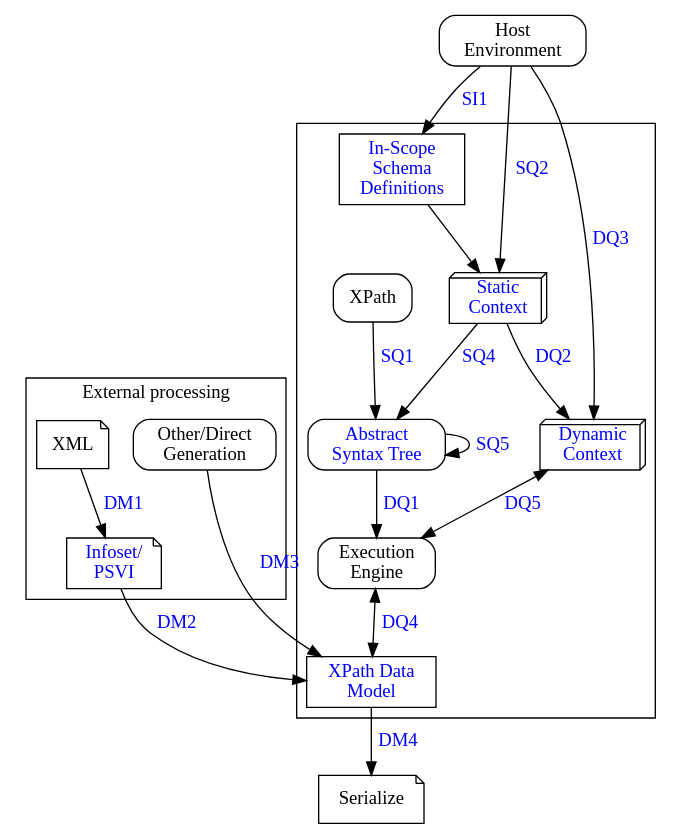
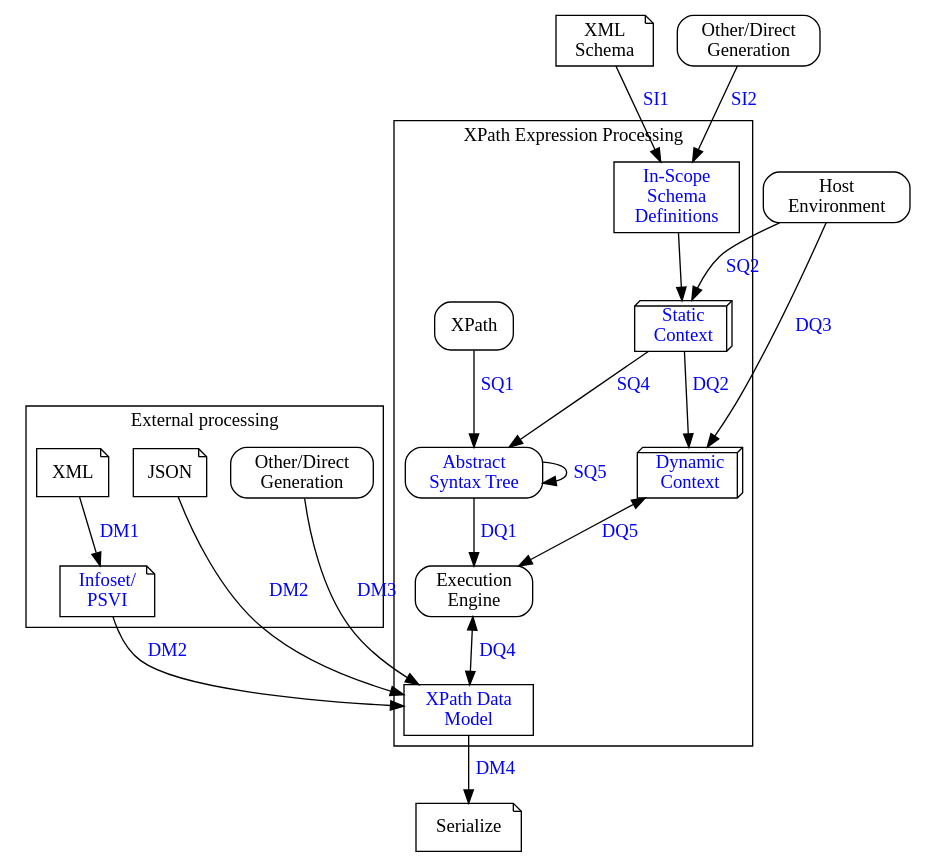
Before and after one commit to qt4cg/qtspecs: the diagram in specifications/xquery-40/image-sources/procmod-xpath.dot, drawn with Graphviz. The commit also changed 3 other files, not shown here.

```diff
--- a/specifications/xquery-40/image-sources/procmod-xpath.dot
+++ b/specifications/xquery-40/image-sources/procmod-xpath.dot
@@ -1,49 +1,87 @@
 digraph Processing_Model {
+    tooltip="XPath Processing Model";
+
     subgraph clusterQT4 {
-        Exec [label="Execution\nEngine"; shape=rect; style=rounded ];
-        XDM [label="XPath Data\nModel"; shape=rect;
-             fontcolor=blue;
-             URL="#dt-data-model-instance"];
+        label="XPath Expression Processing";
+        tooltip="XPath Expression Processing";
+
+        Exec [label="Execution\nEngine"; shape=rect; style=rounded
+              tooltip="Execution Engine"];
+        XDM [label="XPath Data\nModel"; shape=rect; fontcolor=blue;
+             URL="#dt-data-model-instance"
+             tooltip="XPath Data Model"];
         AST [label="Abstract\nSyntax Tree"; shape=rect; style=rounded;
-             fontcolor="blue"; URL="#SQ5" ];
-        Static [label="Static\nContext"; shape="box3d";
-                fontcolor="blue";
-                URL="#dt-static-context"];
+             fontcolor="blue"; URL="#SQ5";
+             tooltip="Abstract Syntax Tree (AST)"];
+        Static [label="Static\nContext"; shape="box3d"; fontcolor="blue";
+                URL="#dt-static-context"
+                tooltip="Static Context"];
         Dynamic [label="Dynamic\nContext"; shape="box3d";
                  fontcolor="blue";
-                 URL="#dt-dynamic-context"];
+                 URL="#dt-dynamic-context";
+                 tooltip="Dynamic Context"];
         Schema [label="In-Scope\nSchema\nDefinitions"; shape=rect;
+                tooltip="In-Scope Schema Definitions";
                 fontcolor="blue";
                 URL="#dt-issd"];
         XPath [label="XPath"; shape=rect; style=rounded ];
 
-        XPath -> AST [label=" SQ1"; fontcolor="blue"; URL="#SQ1234" ];
-        AST -> AST [label=" SQ5"; fontcolor="blue"; URL="#SQ5" ];
-        AST -> Exec [label=" DQ1"; fontcolor="blue"; URL="#DQ12345" ];
+        XPath -> AST [label=" SQ1"; fontcolor="blue"; URL="#SQ1234"
+                      labeltooltip="Parse expression"];
+        AST -> AST [label=" SQ5"; fontcolor="blue"; URL="#SQ5";
+                    labeltooltip="Normalize"];
+        AST -> Exec [label=" DQ1"; fontcolor="blue"; URL="#DQ12345";
+                     labeltooltip="Access AST"];
         Schema -> Static;
-        Static -> AST [label=" SQ4"; fontcolor="blue"; URL="#SQ1234"  ];
-        Static -> Dynamic [label=" DQ2"; fontcolor="blue"; URL="#DQ12345" ];
-        Dynamic -> Exec [ dir="both"; label=" DQ5"; fontcolor="blue"; URL="#DQ12345" ];
-        Exec -> XDM [ dir="both"; label=" DQ4"; fontcolor="blue"; URL="#DQ12345" ];
+        Static -> AST [label=" SQ4"; fontcolor="blue"; URL="#SQ1234";
+                       labeltooltip="Resolve names"];
+        Static -> Dynamic [label=" DQ2"; fontcolor="blue"; URL="#DQ12345";
+                           labeltooltip="Provide access"];
+        Dynamic -> Exec [dir="both"; label=" DQ5"; fontcolor="blue"; URL="#DQ12345";
+                         labeltooltip="Access and change"];
+        Exec -> XDM [dir="both"; label=" DQ4"; fontcolor="blue"; URL="#DQ12345";
+                     labeltooltip="Access and create"];
     }
 
     subgraph clusterEP {
         label = "External processing";
-        XML [ shape="note" ];
-        PSVI [ label="Infoset/\nPSVI" shape="note"; fontcolor="blue"; URL="#id-data-model-generation" ];
-        Direct [ label="Other/Direct\nGeneration"; shape=rect; style=rounded ];
+        tooltip = "External processing";
+        XML [shape="note" ];
+        JSON [shape="note" ];
+        PSVI [label="Infoset/\nPSVI" shape="note"; fontcolor="blue"; URL="#id-data-model-generation";
+              tooltip="Infoset/PSVI"];
+        Direct [label="Other/Direct\nGeneration"; shape=rect; style=rounded;
+                tooltip="Other/Direct Generation"];
     }
 
-    XML -> PSVI [ label=" DM1"; fontcolor="blue"; URL="#DM1" ];
-    PSVI -> XDM  [ label=" DM2"; fontcolor="blue"; URL="#DM2" ];
+    XML -> PSVI [label=" DM1"; fontcolor="blue"; URL="#DM1"
+                 labeltooltip="Parse and optionally validate"];
+    JSON -> XDM [label=" DM2"; fontcolor="blue"; URL="#DM2";
+                 labeltooltip="Generate Data Model"];
+    PSVI -> XDM  [label=" DM2"; fontcolor="blue"; URL="#DM2";
+                  labeltooltip="Generate Data Model"];
 
-    Direct -> XDM [ label=" DM3"; fontcolor="blue"; URL="#DM3" ];
+    Direct -> XDM [label=" DM3"; fontcolor="blue"; URL="#DM3";
+                    labeltooltip="Other/Direct Generation"];
 
-    Host [ label="Host\nEnvironment"; shape=rect; style=rounded ];
-    Host -> Schema [label=" SI1"; fontcolor="blue"; URL="#id-schema-import-processing" ];
-    Host -> Static [label=" SQ2"; fontcolor="blue"; URL="#SQ1234" ];
-    Host -> Dynamic [label=" DQ3"; fontcolor="blue"; URL="#DQ12345" ];
+    XSD [label="XML\nSchema"; shape="note";
+         tooltip="XML Schema"];
+    DirectXSD [label="Other/Direct\nGeneration"; shape=rect; style=rounded;
+               tooltip="Other/Direct Generation"];
 
-    Serialize [ shape="note"; bgcolor="#FF00FF"; ];
-    XDM -> Serialize [ label=" DM4"; fontcolor="blue"; URL="#id-serialization" ];
+    XSD -> Schema [label=" SI1"; fontcolor="blue"; URL="#id-schema-import-processing";
+                   labeltooltip="XML Schema Import"];
+    DirectXSD -> Schema [label=" SI2"; fontcolor="blue"; URL="#SI2";
+                   labeltooltip="Other/Direct Generation"];
+
+    Host [label="Host\nEnvironment"; shape=rect; style=rounded;
+          tooltip="Host Environment"];
+    Host -> Static [label=" SQ2"; fontcolor="blue"; URL="#SQ1234";
+                    labeltooltip="Initialize from host environment"];
+    Host -> Dynamic [label=" DQ3"; fontcolor="blue"; URL="#DQ12345";
+                     labeltooltip="Initialize from host environment"];
+
+    Serialize [shape="note"; bgcolor="#FF00FF"; ];
+    XDM -> Serialize [label=" DM4"; fontcolor="blue"; URL="#id-serialization";
+                      labeltooltip="Serialize"];
 }
```
